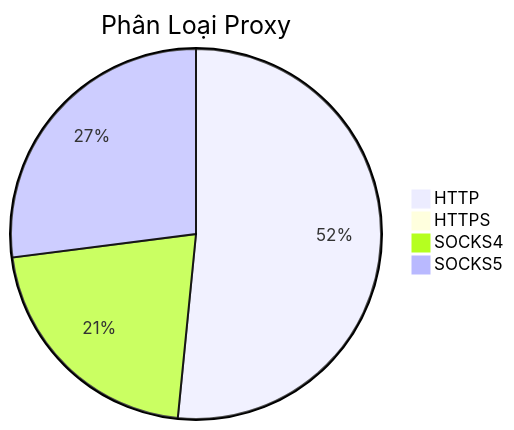
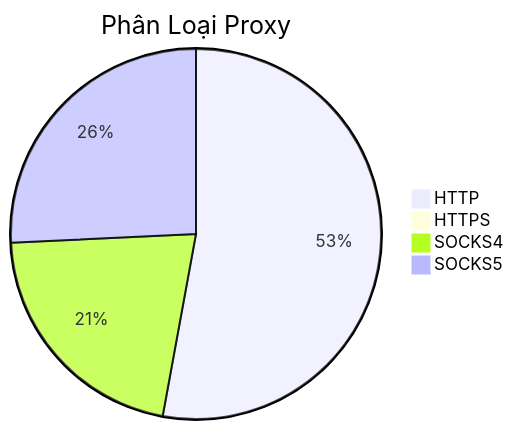
Before and after one commit to Ciara-12/PROXY-free: the diagram in README.md, drawn with Mermaid. The commit also changed other lines of this file and 4 other files, not shown here.

````diff
--- a/README.md
+++ b/README.md
@@ -26,7 +26,7 @@
 ```mermaid
 pie title Phân Loại Proxy
-    "HTTP" : 706
-    "HTTPS" : 0
+    "HTTP" : 725
+    "HTTPS" : 1
     "SOCKS4" : 293
-    "SOCKS5" : 370
+    "SOCKS5" : 353
 ```
````
